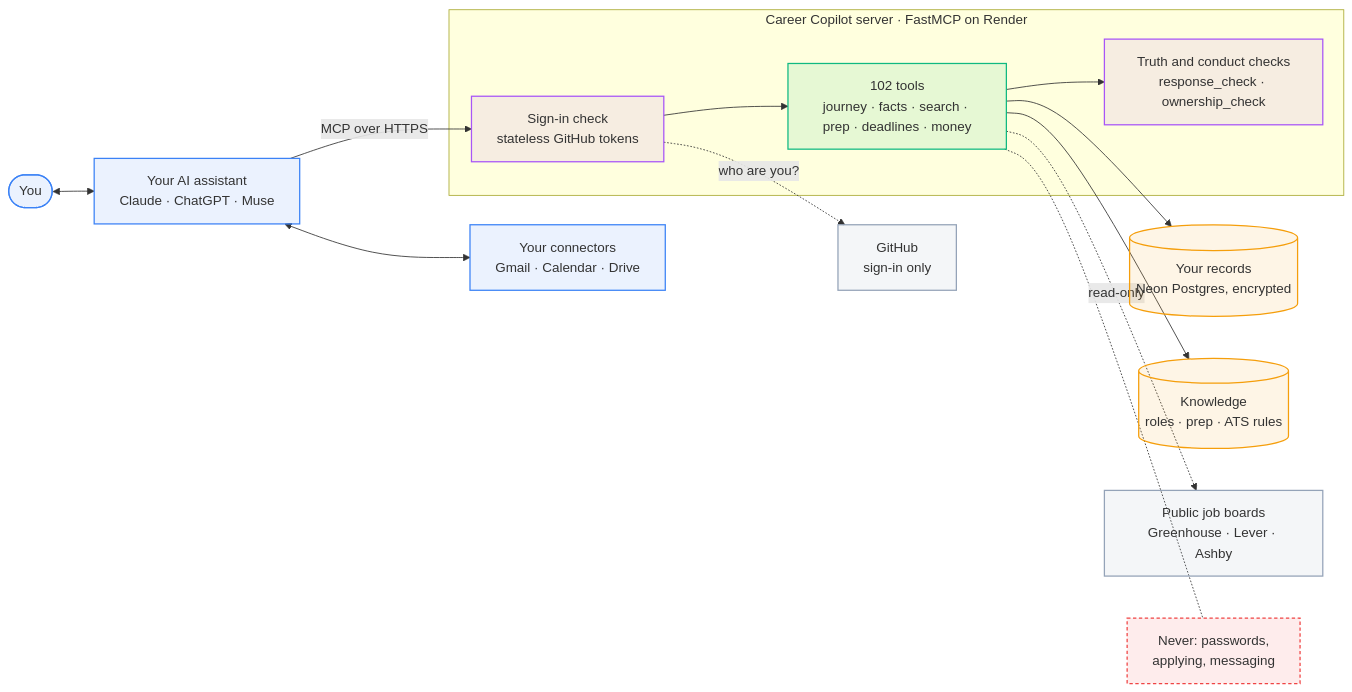
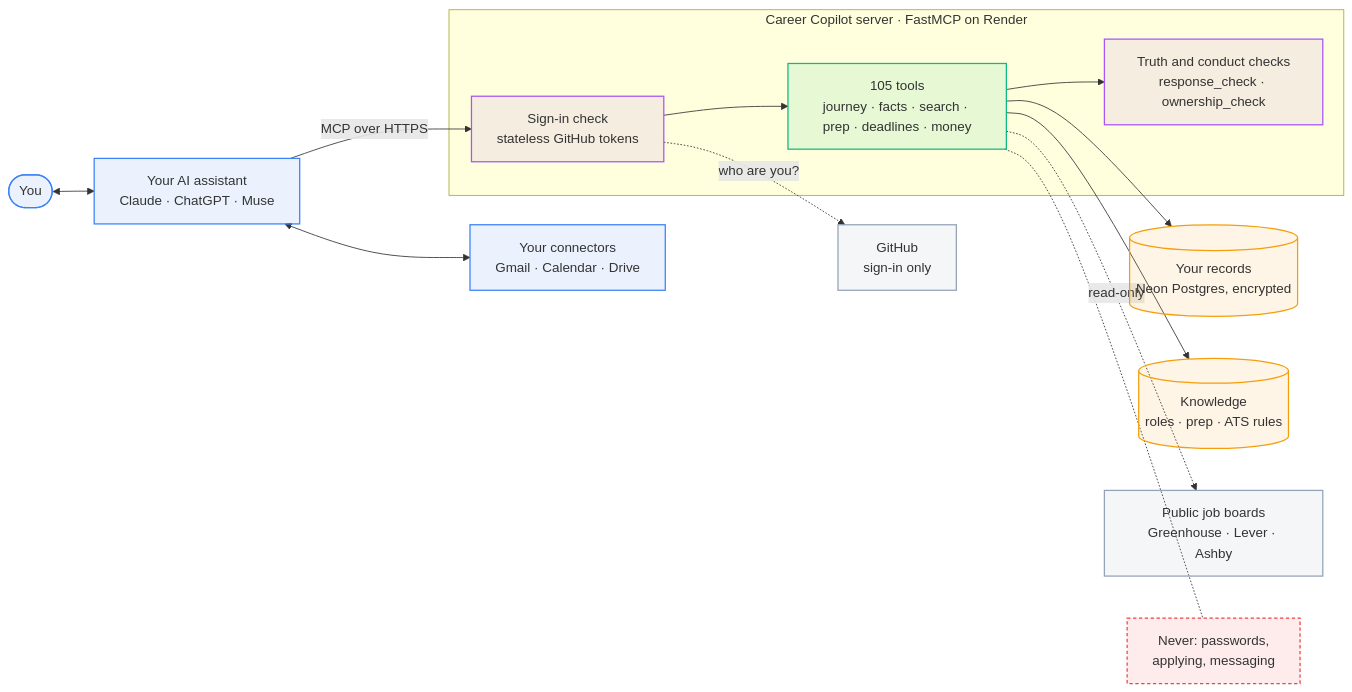
The first of 8 diagrams in docs/ARCHITECTURE.md (TusharSamantaray/career-copilot-mcp), drawn with Mermaid before and after one commit. The commit also changed 17 other files, not shown here.

````diff
--- a/docs/ARCHITECTURE.md
+++ b/docs/ARCHITECTURE.md
@@ -42,35 +42,35 @@
 ```mermaid
 flowchart LR
   classDef person fill:#3B82F61A,stroke:#3B82F6,stroke-width:1.5px
   classDef copilot fill:#10B9811A,stroke:#10B981,stroke-width:1.5px
   classDef store fill:#F59E0B1A,stroke:#F59E0B,stroke-width:1.5px
   classDef ext fill:#94A3B81A,stroke:#94A3B8,stroke-width:1.5px
   classDef guard fill:#A855F71A,stroke:#A855F7,stroke-width:1.5px
   classDef never fill:#EF44441A,stroke:#EF4444,stroke-width:1.5px,stroke-dasharray:4 3
 
   you(["You"]):::person
   ai["Your AI assistant<br/>Claude · ChatGPT · Muse"]:::person
   own["Your connectors<br/>Gmail · Calendar · Drive"]:::person
 
   subgraph server["Career Copilot server · FastMCP on Render"]
     auth["Sign-in check<br/>stateless GitHub tokens"]:::guard
-    tools["102 tools<br/>journey · facts · search · prep · deadlines · money"]:::copilot
+    tools["105 tools<br/>journey · facts · search · prep · deadlines · money"]:::copilot
     checks["Truth and conduct checks<br/>response_check · ownership_check"]:::guard
   end
 
   db[("Your records<br/>Neon Postgres, encrypted")]:::store
   kb[("Knowledge<br/>roles · prep · ATS rules")]:::store
   gh["GitHub<br/>sign-in only"]:::ext
   boards["Public job boards<br/>Greenhouse · Lever · Ashby"]:::ext
   never["Never: passwords,<br/>applying, messaging"]:::never
 
   you <--> ai
   ai <--> own
   ai -- "MCP over HTTPS" --> auth --> tools
   tools --> checks
   tools --> db
   tools --> kb
   auth -. "who are you?" .-> gh
   tools -. "read-only" .-> boards
   tools -.- never
 ```
````
